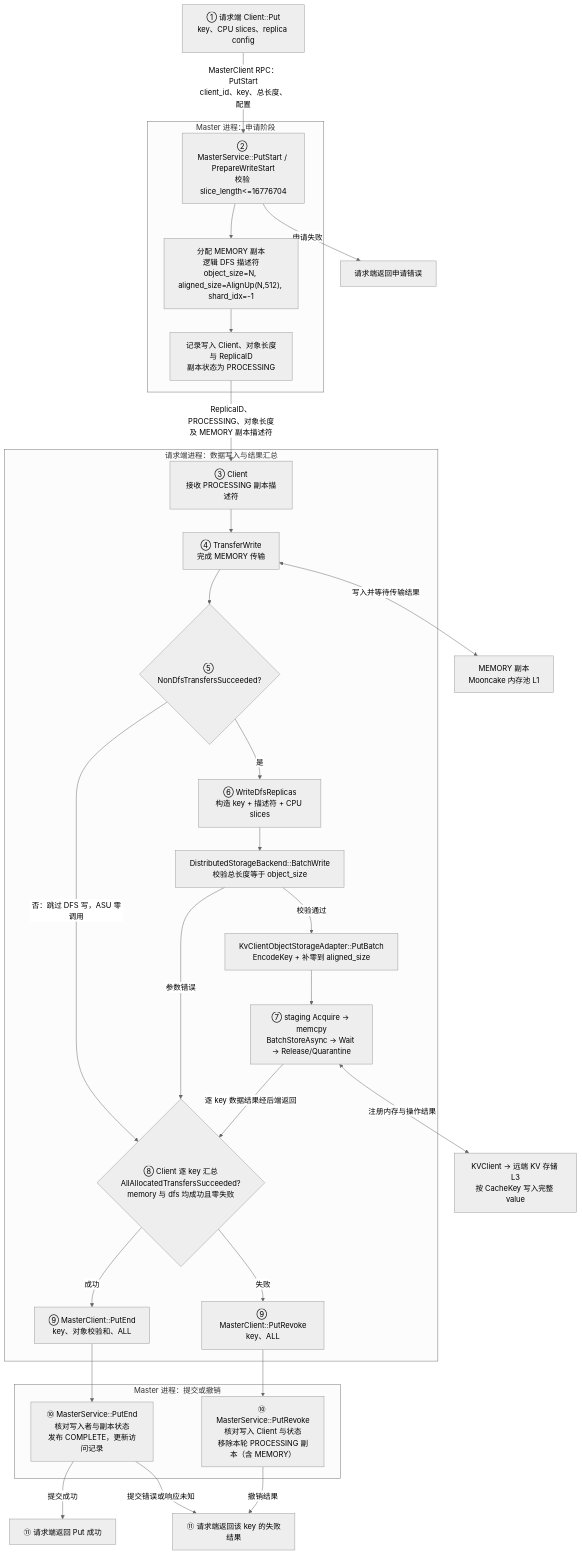
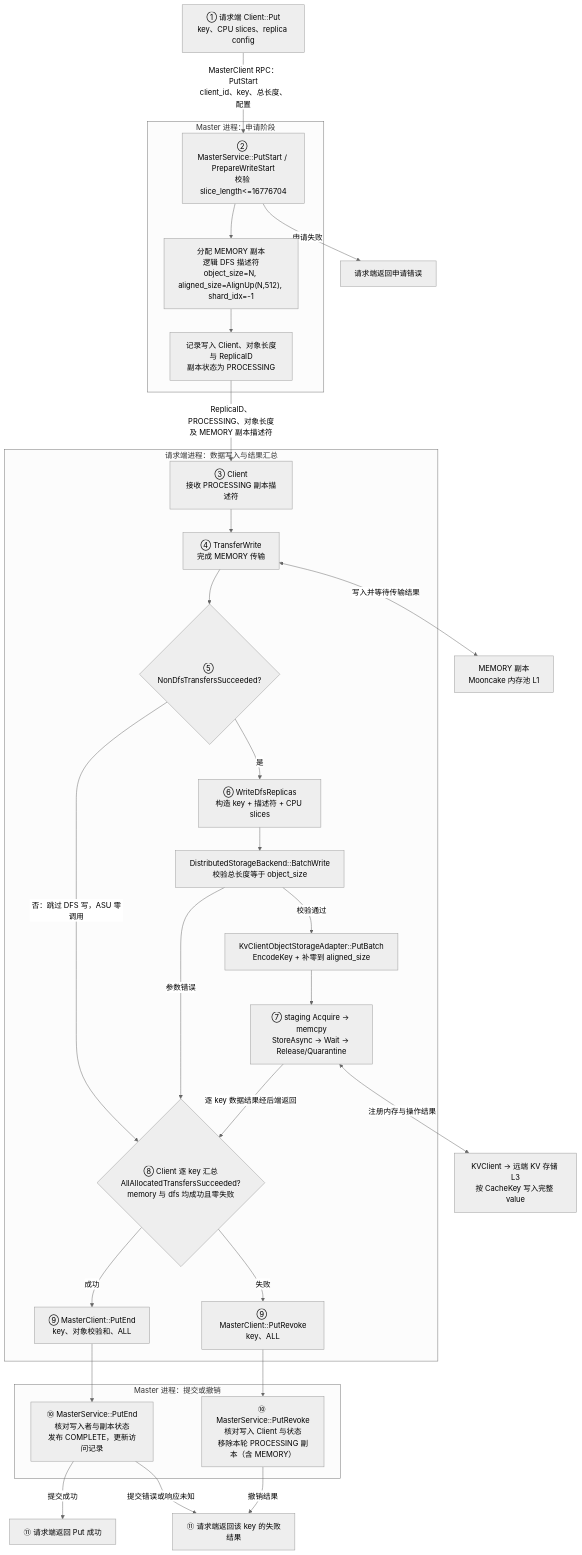
One commit to zwj20000328-dotcom/Mooncake-documents changed the fourth of 13 diagrams in Mooncake + KVClient L3 接入（Kvcs）- v3.md. Above: the diagram before and after it, drawn with Mermaid (neutral theme). The commit also changed other lines of this file, not shown here.

````diff
--- a/Mooncake + KVClient L3 接入（Kvcs）- v3.md
+++ b/Mooncake + KVClient L3 接入（Kvcs）- v3.md
@@ -332,60 +347,60 @@
 ```mermaid
 flowchart TB
     C1["① 请求端 Client::Put<br/>key、CPU slices、replica config"]
 
     subgraph MasterStart["Master 进程：申请阶段"]
         START["② MasterService::PutStart / PrepareWriteStart<br/>校验 slice_length<=16776704"]
         ALLOC["分配 MEMORY 副本<br/>逻辑 DFS 描述符<br/>object_size=N, aligned_size=AlignUp(N,512), shard_idx=-1"]
         META["记录写入 Client、对象长度与 ReplicaID<br/>副本状态为 PROCESSING"]
 
         START --> ALLOC
         ALLOC --> META
     end
 
     subgraph Request["请求端进程：数据写入与结果汇总"]
         C2["③ Client<br/>接收 PROCESSING 副本描述符"]
         T["④ TransferWrite<br/>完成 MEMORY 传输"]
         GATE{"⑤ NonDfsTransfersSucceeded?"}
         W["⑥ WriteDfsReplicas<br/>构造 key + 描述符 + CPU slices"]
         B["DistributedStorageBackend::BatchWrite<br/>校验总长度等于 object_size"]
         O["KvClientObjectStorageAdapter::PutBatch<br/>EncodeKey + 补零到 aligned_size"]
-        D["⑦ staging Acquire → memcpy<br/>BatchStoreAsync → Wait → Release/Quarantine"]
+        D["⑦ staging Acquire → memcpy<br/>StoreAsync → Wait → Release/Quarantine"]
         J{"⑧ Client 逐 key 汇总<br/>AllAllocatedTransfersSucceeded?<br/>memory 与 dfs 均成功且零失败"}
         END["⑨ MasterClient::PutEnd<br/>key、对象校验和、ALL"]
         REVOKE["⑨ MasterClient::PutRevoke<br/>key、ALL"]
 
         C2 --> T
         T --> GATE
         GATE -->|"是"| W
         GATE -->|"否：跳过 DFS 写，ASU 零调用"| J
         W --> B
         B -->|"校验通过"| O
         B -->|"参数错误"| J
         O --> D
         D -->|"逐 key 数据结果经后端返回"| J
         J -->|"成功"| END
         J -->|"失败"| REVOKE
     end
 
     subgraph MasterFinish["Master 进程：提交或撤销"]
         COMMIT["⑩ MasterService::PutEnd<br/>核对写入者与副本状态<br/>发布 COMPLETE，更新访问记录"]
         ABORT["⑩ MasterService::PutRevoke<br/>核对写入 Client 与状态<br/>移除本轮 PROCESSING 副本（含 MEMORY）"]
     end
 
     OK["⑪ 请求端返回 Put 成功"]
     FAIL["⑪ 请求端返回该 key 的失败结果"]
     REJECT["请求端返回申请错误"]
     RAM["MEMORY 副本<br/>Mooncake 内存池 L1"]
     S["KVClient → 远端 KV 存储 L3<br/>按 CacheKey 写入完整 value"]
 
     C1 -->|"MasterClient RPC：PutStart<br/>client_id、key、总长度、配置"| START
     START -->|"申请失败"| REJECT
     META -->|"ReplicaID、PROCESSING、对象长度<br/>及 MEMORY 副本描述符"| C2
     T <-->|"写入并等待传输结果"| RAM
     D <-->|"注册内存与操作结果"| S
     END --> COMMIT
     COMMIT -->|"提交成功"| OK
     COMMIT -->|"提交错误或响应未知"| FAIL
     REVOKE --> ABORT
     ABORT -->|"撤销结果"| FAIL
 ```
````
